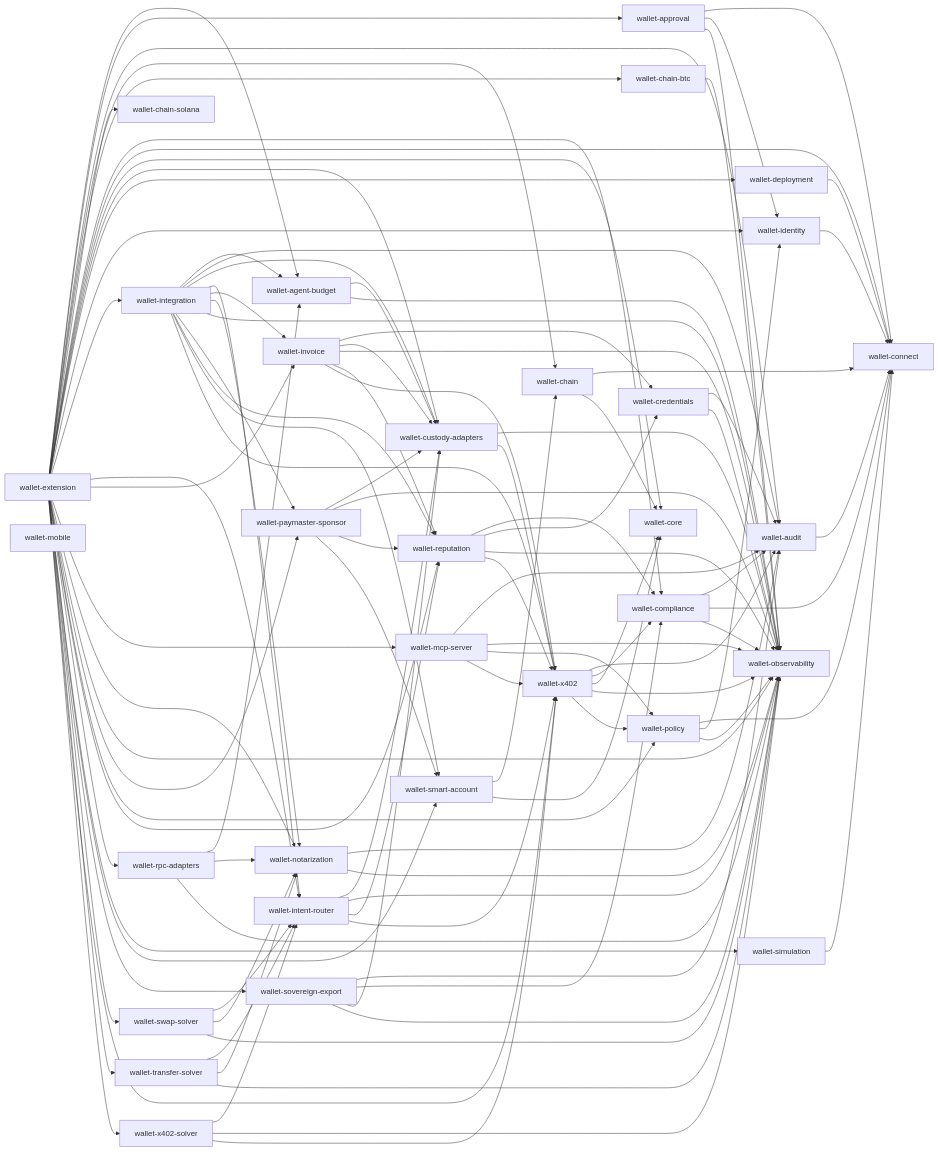
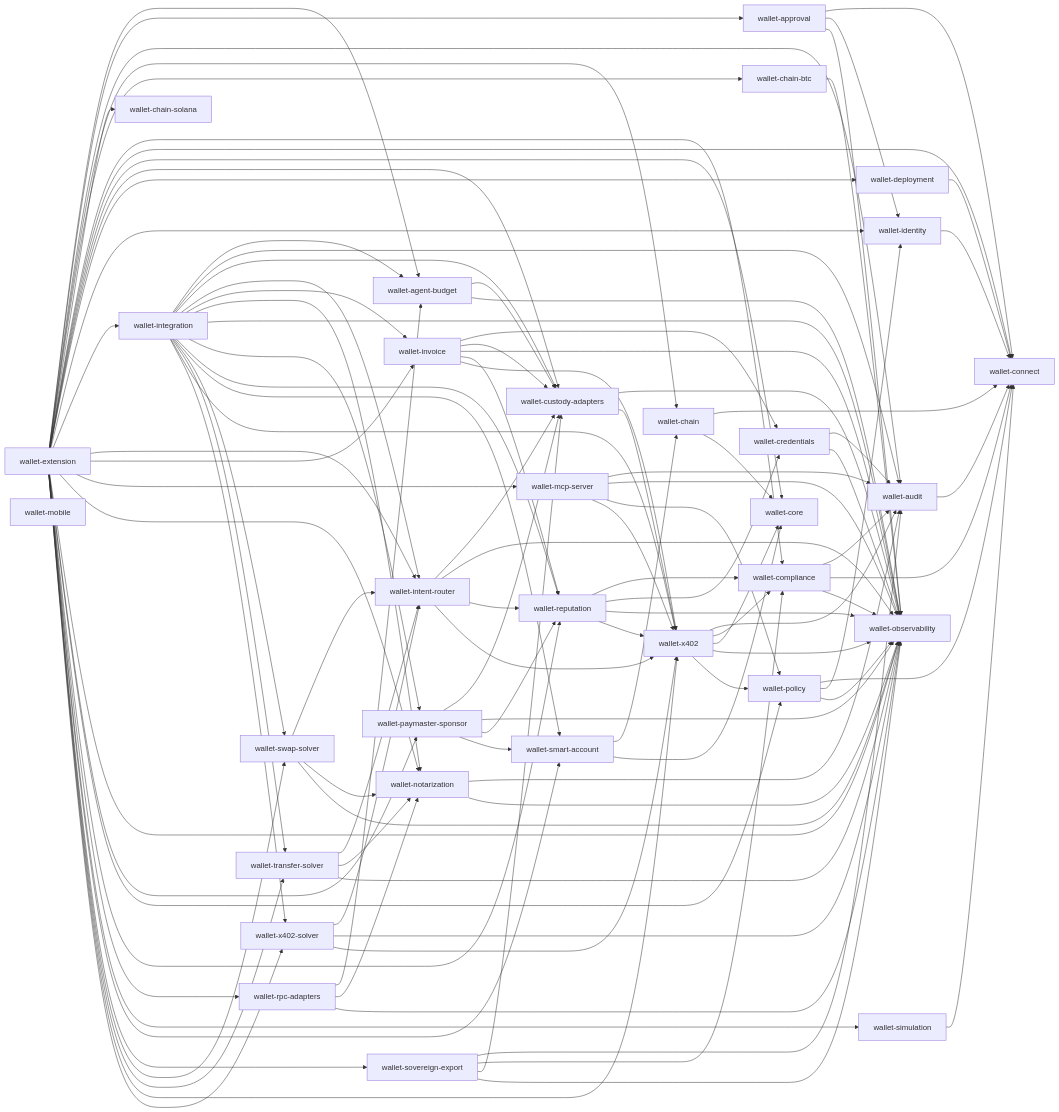
Before and after one commit to aethelred-foundation/wallet: the diagram in reports/workspace-deps.mmd, drawn with Mermaid. The commit also changed 9 other files, not shown here.

First line of the commit message:
feat(integration): solver-trio demo — one router, three commitment rules, one narrative (#75)

```diff
--- a/reports/workspace-deps.mmd
+++ b/reports/workspace-deps.mmd
@@ -1,114 +1,117 @@
 flowchart LR
   wallet-agent-budget --> wallet-custody-adapters
   wallet-agent-budget --> wallet-observability
   wallet-approval --> wallet-connect
   wallet-approval --> wallet-identity
   wallet-approval --> wallet-observability
   wallet-audit --> wallet-connect
   wallet-chain --> wallet-connect
   wallet-chain --> wallet-core
   wallet-chain-btc --> wallet-observability
   wallet-chain-solana
   wallet-compliance --> wallet-audit
   wallet-compliance --> wallet-connect
   wallet-compliance --> wallet-observability
   wallet-connect
   wallet-core
   wallet-credentials --> wallet-audit
   wallet-credentials --> wallet-observability
   wallet-custody-adapters --> wallet-observability
   wallet-custody-adapters --> wallet-x402
   wallet-deployment --> wallet-connect
   wallet-extension --> wallet-agent-budget
   wallet-extension --> wallet-approval
   wallet-extension --> wallet-audit
   wallet-extension --> wallet-chain
   wallet-extension --> wallet-chain-btc
   wallet-extension --> wallet-chain-solana
   wallet-extension --> wallet-compliance
   wallet-extension --> wallet-connect
   wallet-extension --> wallet-core
   wallet-extension --> wallet-custody-adapters
   wallet-extension --> wallet-deployment
   wallet-extension --> wallet-identity
   wallet-extension --> wallet-integration
   wallet-extension --> wallet-intent-router
   wallet-extension --> wallet-invoice
   wallet-extension --> wallet-mcp-server
   wallet-extension --> wallet-notarization
   wallet-extension --> wallet-observability
   wallet-extension --> wallet-paymaster-sponsor
   wallet-extension --> wallet-policy
   wallet-extension --> wallet-reputation
   wallet-extension --> wallet-rpc-adapters
   wallet-extension --> wallet-simulation
   wallet-extension --> wallet-smart-account
   wallet-extension --> wallet-sovereign-export
   wallet-extension --> wallet-swap-solver
   wallet-extension --> wallet-transfer-solver
   wallet-extension --> wallet-x402
   wallet-extension --> wallet-x402-solver
   wallet-identity --> wallet-connect
   wallet-integration --> wallet-agent-budget
   wallet-integration --> wallet-audit
   wallet-integration --> wallet-custody-adapters
   wallet-integration --> wallet-intent-router
   wallet-integration --> wallet-invoice
   wallet-integration --> wallet-notarization
   wallet-integration --> wallet-observability
   wallet-integration --> wallet-paymaster-sponsor
   wallet-integration --> wallet-reputation
   wallet-integration --> wallet-smart-account
+  wallet-integration --> wallet-swap-solver
+  wallet-integration --> wallet-transfer-solver
   wallet-integration --> wallet-x402
+  wallet-integration --> wallet-x402-solver
   wallet-intent-router --> wallet-custody-adapters
   wallet-intent-router --> wallet-observability
   wallet-intent-router --> wallet-reputation
   wallet-intent-router --> wallet-x402
   wallet-invoice --> wallet-credentials
   wallet-invoice --> wallet-custody-adapters
   wallet-invoice --> wallet-observability
   wallet-invoice --> wallet-reputation
   wallet-invoice --> wallet-x402
   wallet-mcp-server --> wallet-audit
   wallet-mcp-server --> wallet-observability
   wallet-mcp-server --> wallet-policy
   wallet-mcp-server --> wallet-x402
   wallet-mobile
   wallet-notarization --> wallet-audit
   wallet-notarization --> wallet-observability
   wallet-observability
   wallet-paymaster-sponsor --> wallet-custody-adapters
   wallet-paymaster-sponsor --> wallet-observability
   wallet-paymaster-sponsor --> wallet-reputation
   wallet-paymaster-sponsor --> wallet-smart-account
   wallet-policy --> wallet-connect
   wallet-policy --> wallet-identity
   wallet-policy --> wallet-observability
   wallet-reputation --> wallet-compliance
   wallet-reputation --> wallet-credentials
   wallet-reputation --> wallet-observability
   wallet-reputation --> wallet-x402
   wallet-rpc-adapters --> wallet-agent-budget
   wallet-rpc-adapters --> wallet-notarization
   wallet-rpc-adapters --> wallet-observability
   wallet-simulation --> wallet-connect
   wallet-smart-account --> wallet-chain
   wallet-smart-account --> wallet-core
   wallet-sovereign-export --> wallet-audit
   wallet-sovereign-export --> wallet-compliance
   wallet-sovereign-export --> wallet-custody-adapters
   wallet-sovereign-export --> wallet-observability
   wallet-swap-solver --> wallet-intent-router
   wallet-swap-solver --> wallet-notarization
   wallet-swap-solver --> wallet-observability
   wallet-transfer-solver --> wallet-intent-router
   wallet-transfer-solver --> wallet-notarization
   wallet-transfer-solver --> wallet-observability
   wallet-x402 --> wallet-audit
   wallet-x402 --> wallet-compliance
   wallet-x402 --> wallet-core
   wallet-x402 --> wallet-observability
   wallet-x402 --> wallet-policy
   wallet-x402-solver --> wallet-intent-router
   wallet-x402-solver --> wallet-observability
   wallet-x402-solver --> wallet-x402
```
